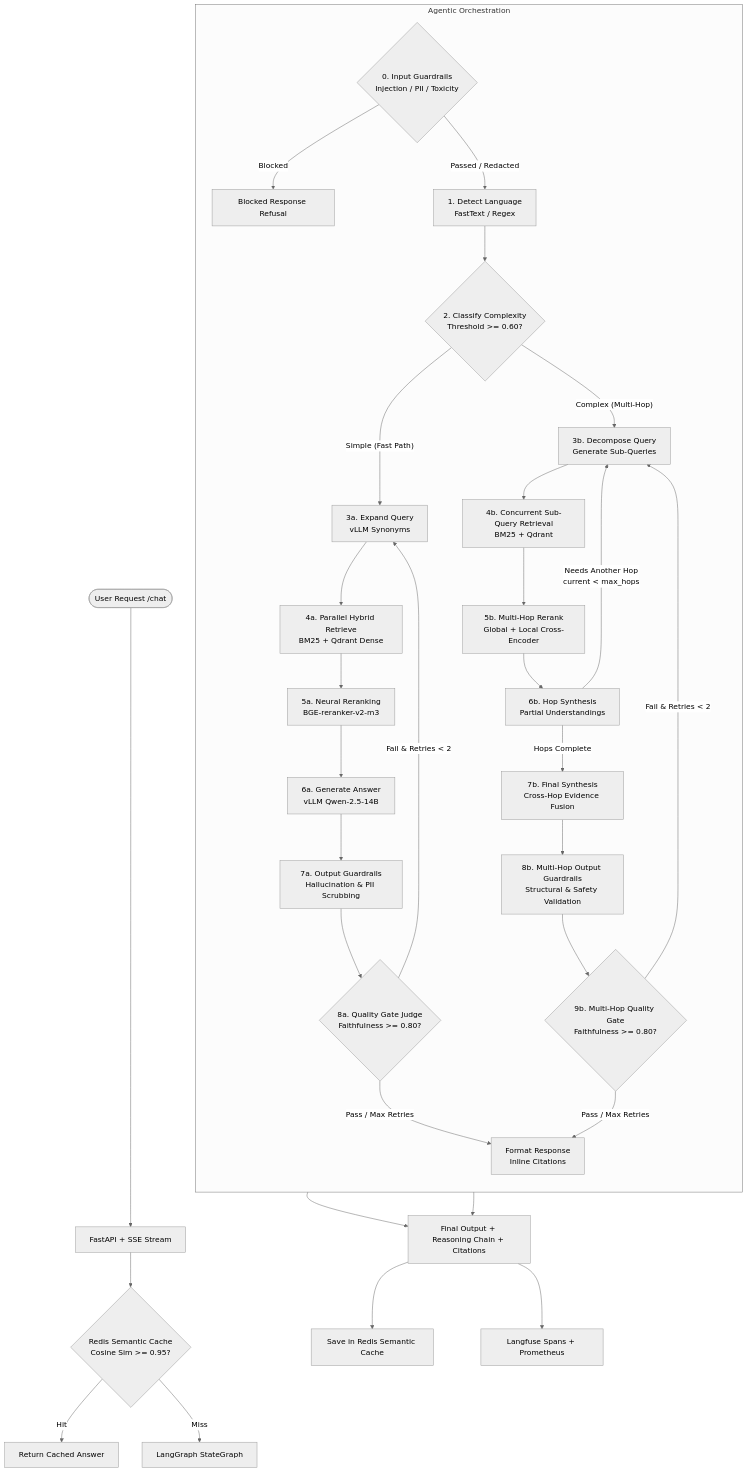
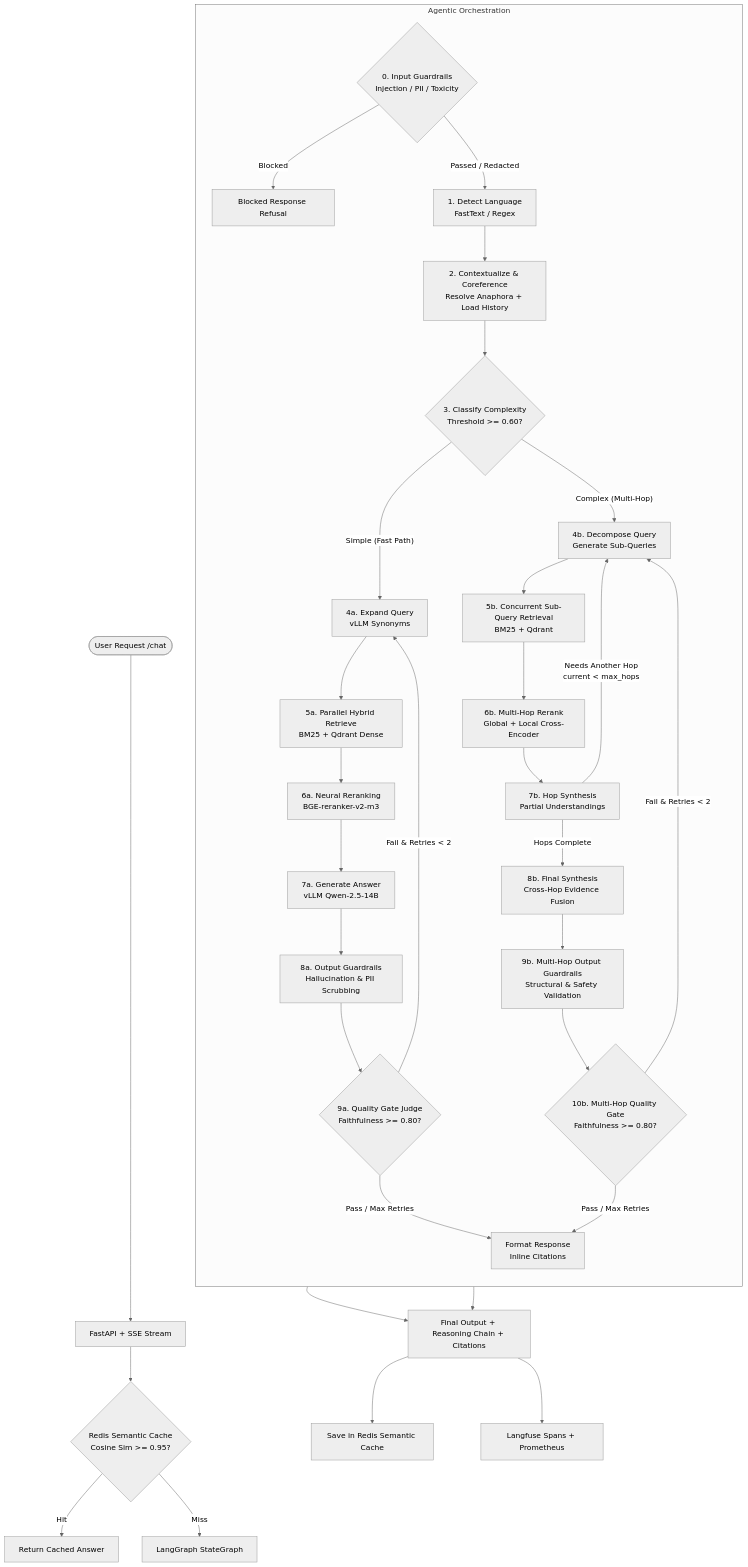
The diagram in README.md (FaizanAKhan786/muhawir), drawn with Mermaid (neutral theme) before and after one commit. The commit also changed other lines of this file and 13 other files, not shown here.

Commit message:
feat(memory): add stateful multi-turn conversation memory, coreference resolution, and long-term semantic store

````diff
--- a/README.md
+++ b/README.md
@@ -37,43 +38,44 @@
 ```mermaid
 flowchart TD
     User([User Request /chat]) --> API[FastAPI + SSE Stream]
     API --> CacheCheck{Redis Semantic Cache\nCosine Sim >= 0.95?}
     CacheCheck -- Hit --> CachedResponse[Return Cached Answer]
     CacheCheck -- Miss --> Agent[LangGraph StateGraph]
 
     subgraph Agentic Orchestration
         direction TB
         N_IN{0. Input Guardrails\nInjection / PII / Toxicity}
         N_IN -- Blocked --> N_BLK[Blocked Response Refusal]
         N_IN -- Passed / Redacted --> N1[1. Detect Language\nFastText / Regex]
         
-        N1 --> N_CC{2. Classify Complexity\nThreshold >= 0.60?}
+        N1 --> N_MEM[2. Contextualize & Coreference\nResolve Anaphora + Load History]
+        N_MEM --> N_CC{3. Classify Complexity\nThreshold >= 0.60?}
         
         %% Fast Path
-        N_CC -- Simple (Fast Path) --> N2[3a. Expand Query\nvLLM Synonyms]
-        N2 --> N3[4a. Parallel Hybrid Retrieve\nBM25 + Qdrant Dense]
-        N3 --> N4[5a. Neural Reranking\nBGE-reranker-v2-m3]
-        N4 --> N5[6a. Generate Answer\nvLLM Qwen-2.5-14B]
-        N5 --> N_OG1[7a. Output Guardrails\nHallucination & PII Scrubbing]
-        N_OG1 --> N6{8a. Quality Gate Judge\nFaithfulness >= 0.80?}
+        N_CC -- Simple (Fast Path) --> N2[4a. Expand Query\nvLLM Synonyms]
+        N2 --> N3[5a. Parallel Hybrid Retrieve\nBM25 + Qdrant Dense]
+        N3 --> N4[6a. Neural Reranking\nBGE-reranker-v2-m3]
+        N4 --> N5[7a. Generate Answer\nvLLM Qwen-2.5-14B]
+        N5 --> N_OG1[8a. Output Guardrails\nHallucination & PII Scrubbing]
+        N_OG1 --> N6{9a. Quality Gate Judge\nFaithfulness >= 0.80?}
         N6 -- Fail & Retries < 2 --> N2
         N6 -- Pass / Max Retries --> N_FMT[Format Response\nInline Citations]
 
         %% Multi-Hop Path
-        N_CC -- Complex (Multi-Hop) --> N_DEC[3b. Decompose Query\nGenerate Sub-Queries]
-        N_DEC --> N_MHR[4b. Concurrent Sub-Query Retrieval\nBM25 + Qdrant]
-        N_MHR --> N_MRR[5b. Multi-Hop Rerank\nGlobal + Local Cross-Encoder]
-        N_MRR --> N_HS[6b. Hop Synthesis\nPartial Understandings]
+        N_CC -- Complex (Multi-Hop) --> N_DEC[4b. Decompose Query\nGenerate Sub-Queries]
+        N_DEC --> N_MHR[5b. Concurrent Sub-Query Retrieval\nBM25 + Qdrant]
+        N_MHR --> N_MRR[6b. Multi-Hop Rerank\nGlobal + Local Cross-Encoder]
+        N_MRR --> N_HS[7b. Hop Synthesis\nPartial Understandings]
         N_HS -- Needs Another Hop\ncurrent < max_hops --> N_DEC
-        N_HS -- Hops Complete --> N_FS[7b. Final Synthesis\nCross-Hop Evidence Fusion]
-        N_FS --> N_OG2[8b. Multi-Hop Output Guardrails\nStructural & Safety Validation]
-        N_OG2 --> N_QG_MH{9b. Multi-Hop Quality Gate\nFaithfulness >= 0.80?}
+        N_HS -- Hops Complete --> N_FS[8b. Final Synthesis\nCross-Hop Evidence Fusion]
+        N_FS --> N_OG2[9b. Multi-Hop Output Guardrails\nStructural & Safety Validation]
+        N_OG2 --> N_QG_MH{10b. Multi-Hop Quality Gate\nFaithfulness >= 0.80?}
         N_QG_MH -- Fail & Retries < 2 --> N_DEC
         N_QG_MH -- Pass / Max Retries --> N_FMT
     end
 
     N_BLK --> FinalAnswer
     N_FMT --> FinalAnswer[Final Output + Reasoning Chain + Citations]
     FinalAnswer --> UpdateCache[Save in Redis Semantic Cache]
     FinalAnswer --> Observability[Langfuse Spans + Prometheus]
 ```
````
